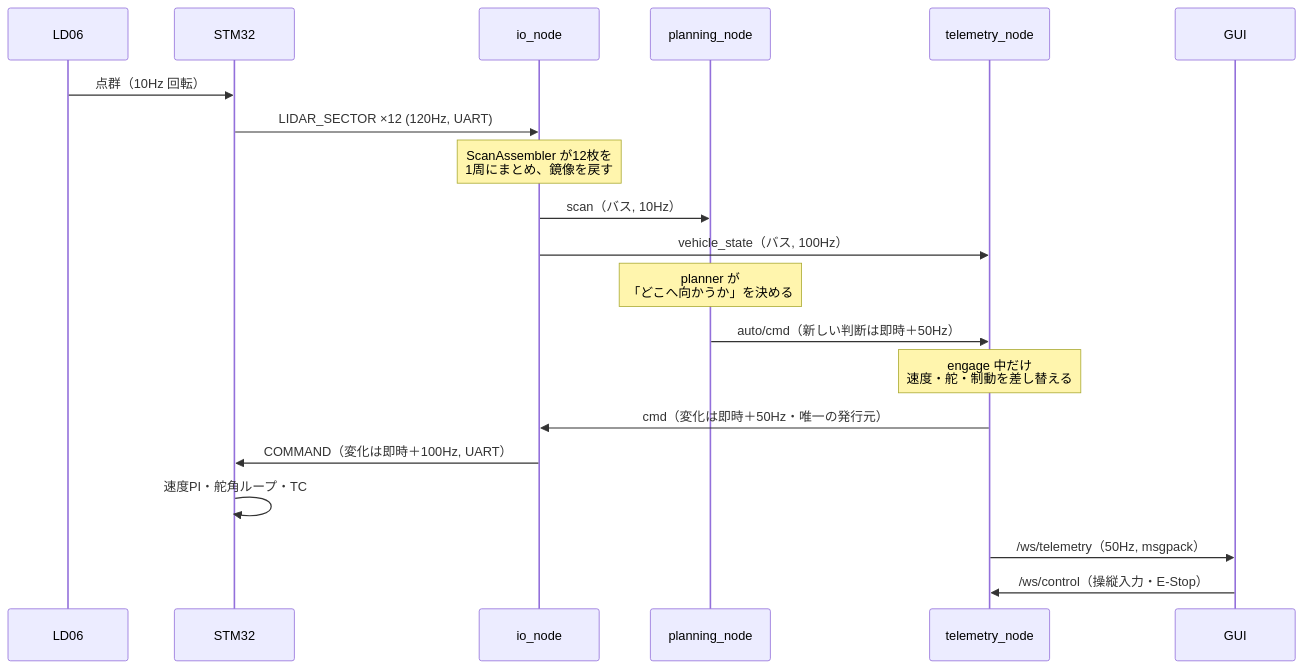
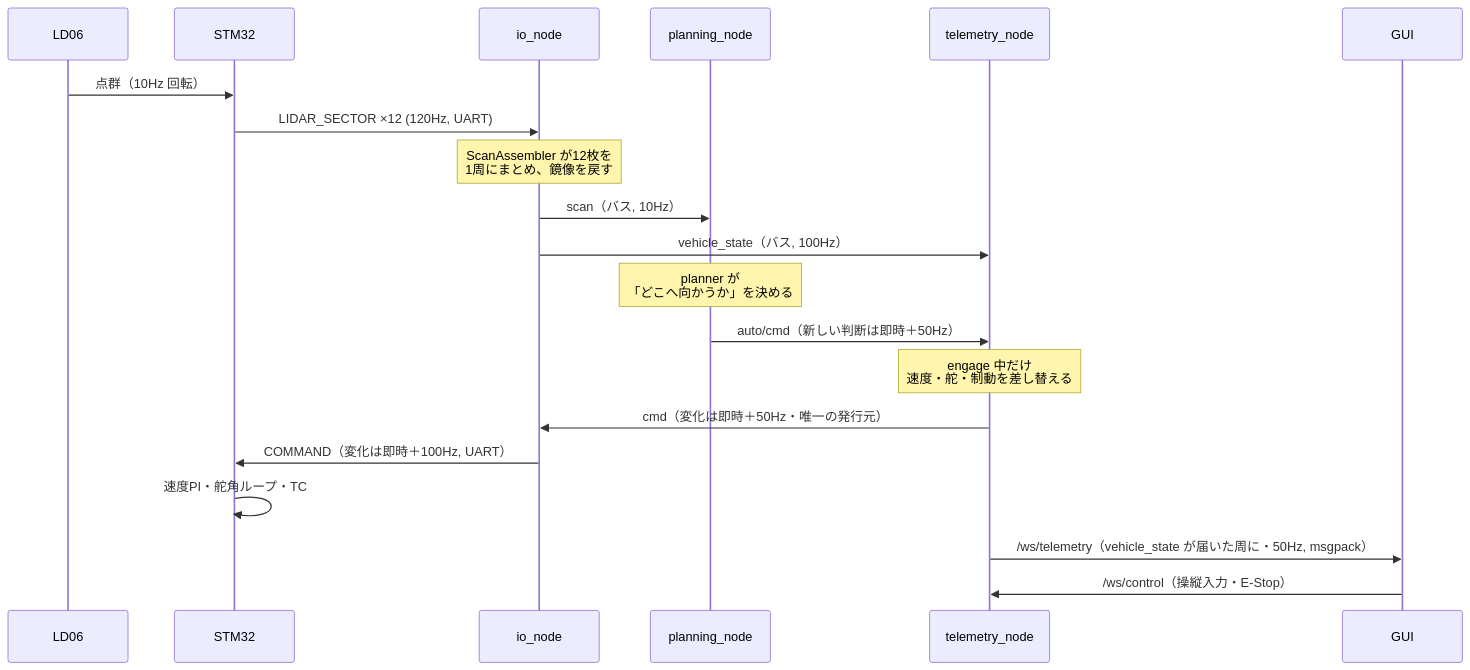
The second of 4 diagrams in surge_mk2/docs/system_overview.md (banbatakumi/AutonomousCar_RasPi), drawn with Mermaid before and after one commit. The commit also changed other lines of this file and 2 other files, not shown here.

````diff
--- a/surge_mk2/docs/system_overview.md
+++ b/surge_mk2/docs/system_overview.md
@@ -144,23 +144,23 @@
 ```mermaid
 sequenceDiagram
     participant L as LD06
     participant S as STM32
     participant IO as io_node
     participant P as planning_node
     participant T as telemetry_node
     participant G as GUI
 
     L->>S: 点群（10Hz 回転）
     S->>IO: LIDAR_SECTOR ×12 (120Hz, UART)
     Note over IO: ScanAssembler が12枚を<br/>1周にまとめ、鏡像を戻す
     IO->>P: scan（バス, 10Hz）
     IO->>T: vehicle_state（バス, 100Hz）
     Note over P: planner が<br/>「どこへ向かうか」を決める
     P->>T: auto/cmd（新しい判断は即時＋50Hz）
     Note over T: engage 中だけ<br/>速度・舵・制動を差し替える
     T->>IO: cmd（変化は即時＋50Hz・唯一の発行元）
     IO->>S: COMMAND（変化は即時＋100Hz, UART）
     S->>S: 速度PI・舵角ループ・TC
-    T->>G: /ws/telemetry（50Hz, msgpack）
+    T->>G: /ws/telemetry（vehicle_state が届いた周に・50Hz, msgpack）
     G->>T: /ws/control（操縦入力・E-Stop）
 ```
````
